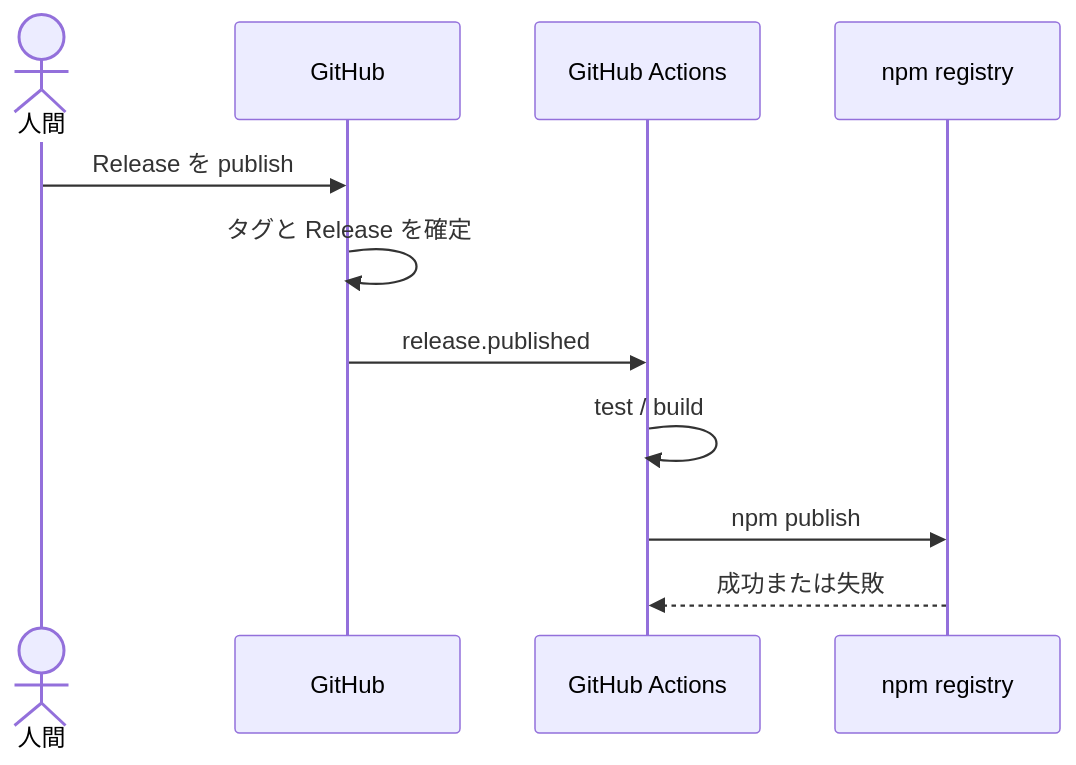
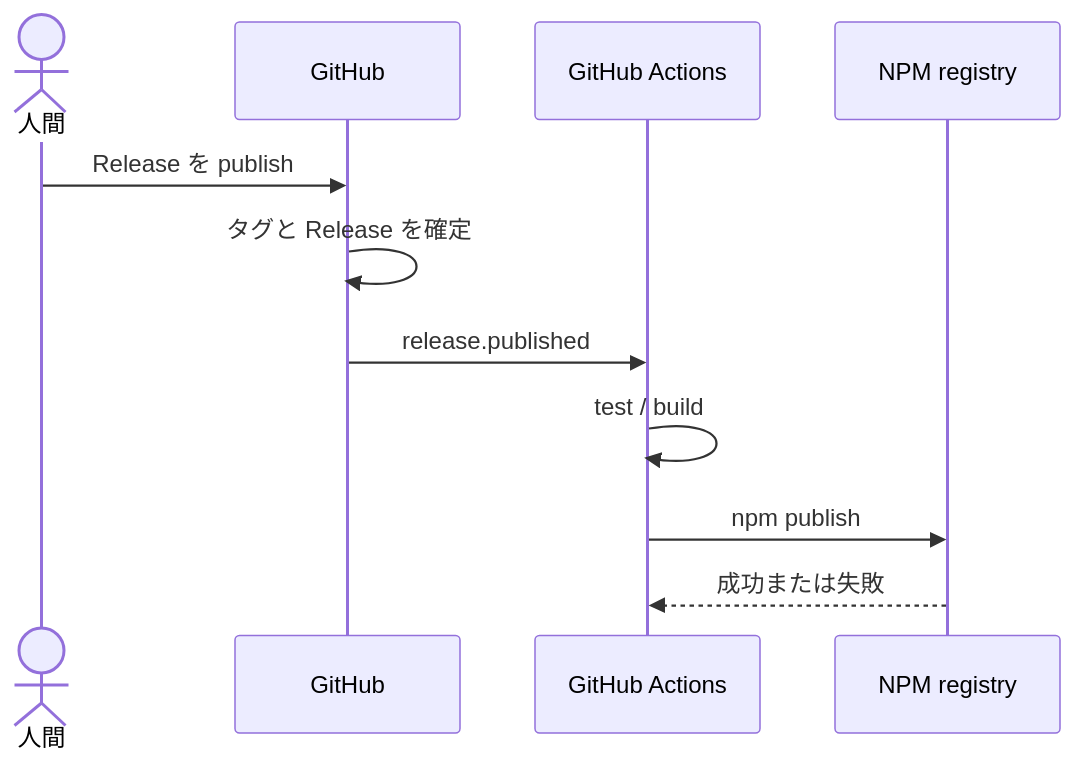
Before and after one commit to mpyw/zenn: the first of 4 diagrams in articles/github-release-not-a-publish-trigger.md, drawn with Mermaid. The commit also changed other lines of this file, not shown here.

````diff
--- a/articles/github-release-not-a-publish-trigger.md
+++ b/articles/github-release-not-a-publish-trigger.md
@@ -68,14 +68,14 @@
 ```mermaid
 sequenceDiagram
     actor Human as 人間
     participant GH as GitHub
     participant Actions as GitHub Actions
-    participant npm as npm registry
+    participant npm as NPM registry
 
     Human->>GH: Release を publish
     GH->>GH: タグと Release を確定
     GH->>Actions: release.published
     Actions->>Actions: test / build
     Actions->>npm: npm publish
     npm-->>Actions: 成功または失敗
 ```
````
